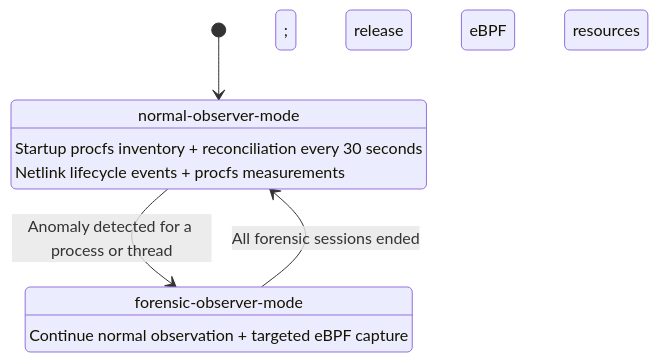
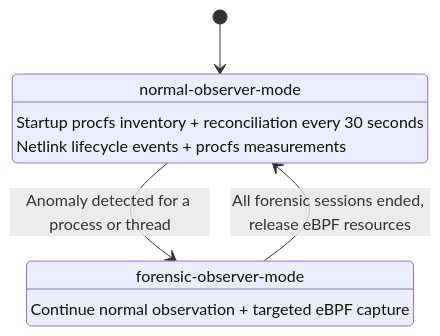
One commit to Quelt1c/rdk-observer-rs changed the second of 2 diagrams in README.md. Above: the diagram before and after it, drawn with Mermaid.

````diff
--- a/README.md
+++ b/README.md
@@ -60,11 +60,11 @@
 ```mermaid
 stateDiagram-v2
     [*] --> Normal
     Normal: normal-observer-mode
     Normal: Startup procfs inventory + reconciliation every 30 seconds
     Normal: Netlink lifecycle events + procfs measurements
     Normal --> Forensic: Anomaly detected for a process or thread
     Forensic: forensic-observer-mode
     Forensic: Continue normal observation + targeted eBPF capture
-    Forensic --> Normal: All forensic sessions ended; release eBPF resources
+    Forensic --> Normal: All forensic sessions ended, release eBPF resources
 ```
````
